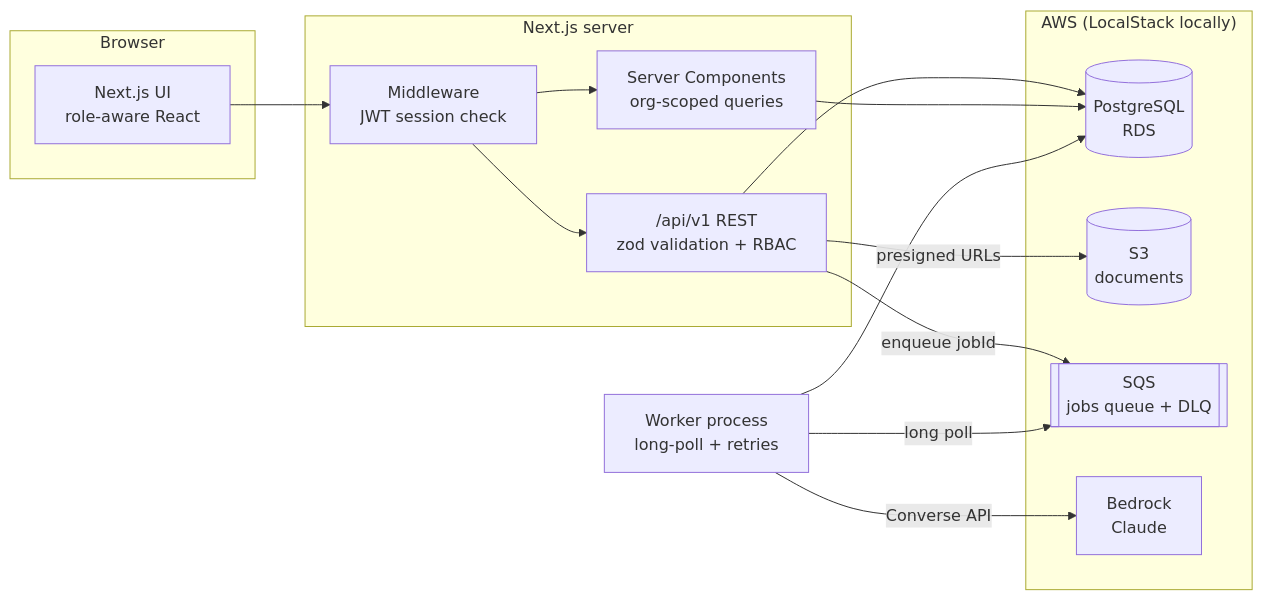
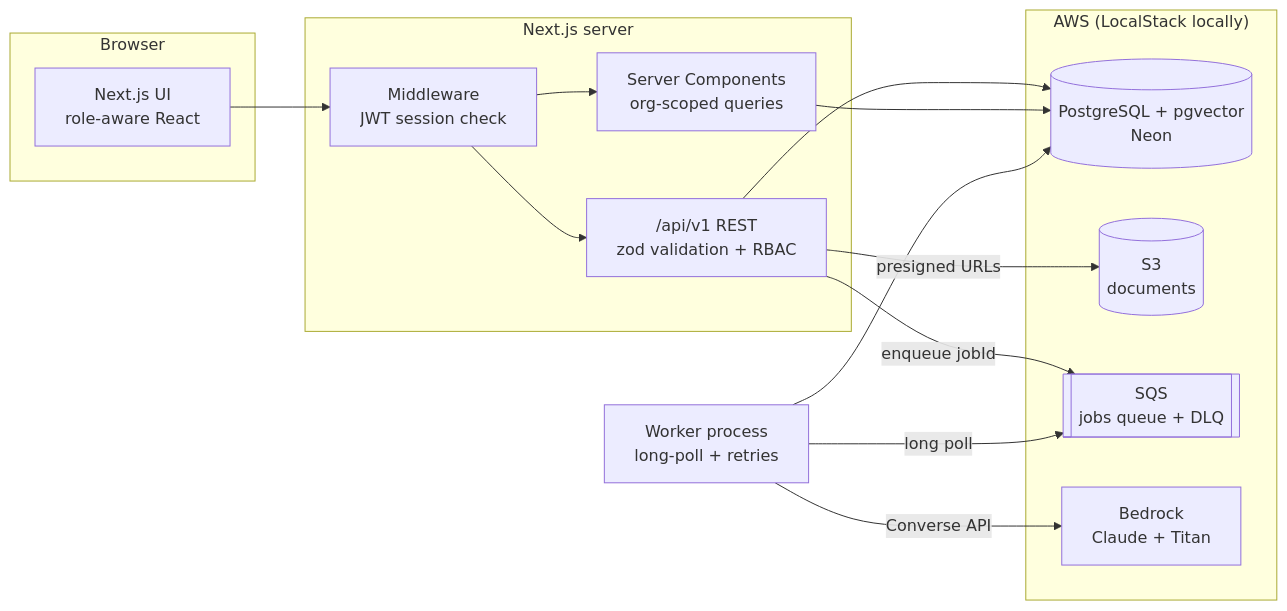
Before and after one commit to BMcCarthy96/enterprise-ai-implementation-workbench: the first of 3 diagrams in README.md, drawn with Mermaid. The commit also changed other lines of this file and 130 other files, not shown here.

````diff
--- a/README.md
+++ b/README.md
@@ -54,28 +57,28 @@
 ```mermaid
 flowchart LR
     subgraph Browser
       UI[Next.js UI<br/>role-aware React]
     end
     subgraph "Next.js server"
       MW[Middleware<br/>JWT session check]
       API["/api/v1 REST<br/>zod validation + RBAC"]
       SC[Server Components<br/>org-scoped queries]
     end
     subgraph "AWS (LocalStack locally)"
-      PG[(PostgreSQL<br/>RDS)]
+      PG[(PostgreSQL + pgvector<br/>Neon)]
       S3[(S3<br/>documents)]
       SQS[[SQS<br/>jobs queue + DLQ]]
-      BR[Bedrock<br/>Claude]
+      BR[Bedrock<br/>Claude + Titan]
     end
     W[Worker process<br/>long-poll + retries]
 
     UI --> MW --> API
     MW --> SC
     API --> PG
     SC --> PG
     API -- presigned URLs --> S3
     API -- enqueue jobId --> SQS
     W -- long poll --> SQS
     W --> PG
     W -- Converse API --> BR
 ```
````
